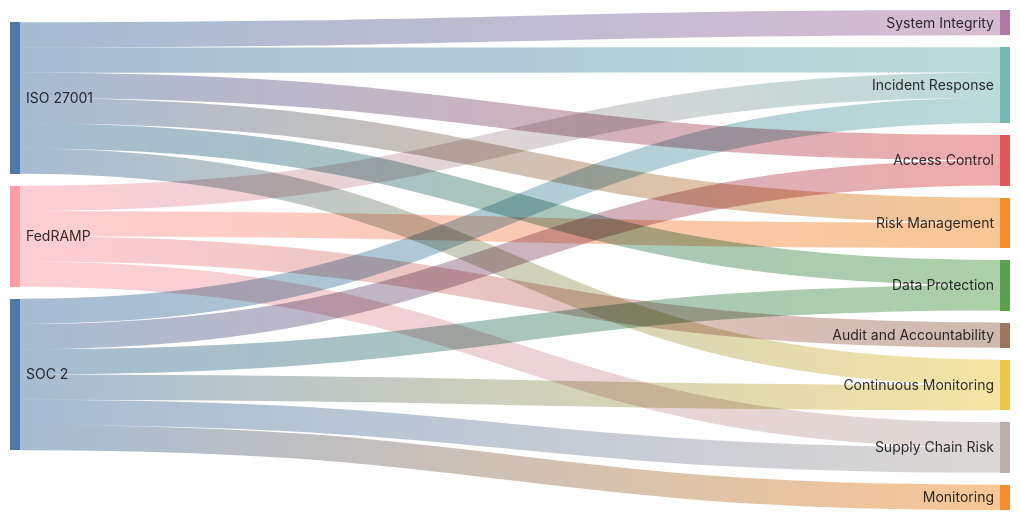
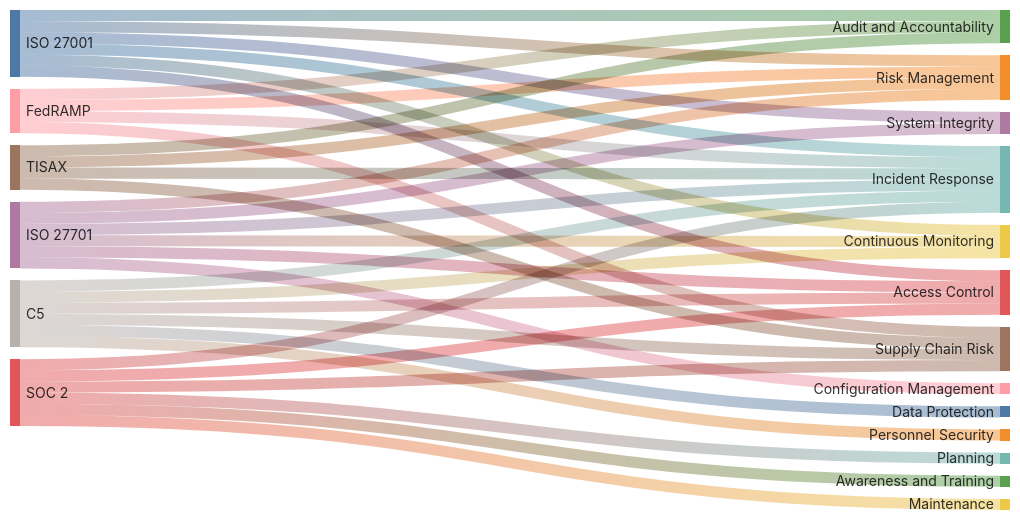
Before and after one commit to jluufigma/grc-docs: the diagram in README.md, drawn with Mermaid.

````diff
--- a/README.md
+++ b/README.md
@@ -4,33 +4,52 @@
 ```mermaid
 ---
 config:
  themeCSS: white
  sankey: 
   showValues: false
   width: 1000
   height: 500
   linkColor: 'gradient'
   nodeAlignment: 'center'
 ---
 sankey-beta
 
 %% Frameworks,Policies,Weight
 ISO 27001,Risk Management,1
 ISO 27001,Access Control,1
 ISO 27001,Incident Response ,1
-ISO 27001,Data Protection,1
+ISO 27001,Audit and Accountability,1
 ISO 27001,Continuous Monitoring,1
 ISO 27001,System Integrity,1
 
 FedRAMP,Audit and Accountability,1
 FedRAMP,Incident Response,1
 FedRAMP,Supply Chain Risk,1
 FedRAMP,Risk Management,1
 
+C5,Access Control,1
+C5,Incident Response,1
+C5,Continuous Monitoring,1
+C5,Data Protection,1
+C5,Supply Chain Risk,1
+C5,Personnel Security ,1
+
 SOC 2,Access Control,1
 SOC 2,Incident Response,1
-SOC 2,Continuous Monitoring,1
-SOC 2,Data Protection,1
+SOC 2,Planning,1
+SOC 2,Awareness and Training,1
 SOC 2,Supply Chain Risk,1
-SOC 2,Monitoring ,1
+SOC 2,Maintenance ,1
+
+ISO 27701,Risk Management,1
+ISO 27701,Access Control,1
+ISO 27701,Incident Response ,1
+ISO 27701,Configuration Management,1
+ISO 27701,Continuous Monitoring,1
+ISO 27701,System Integrity,1
+
+TISAX,Audit and Accountability,1
+TISAX,Incident Response,1
+TISAX,Supply Chain Risk,1
+TISAX,Risk Management,1
 ```
````
